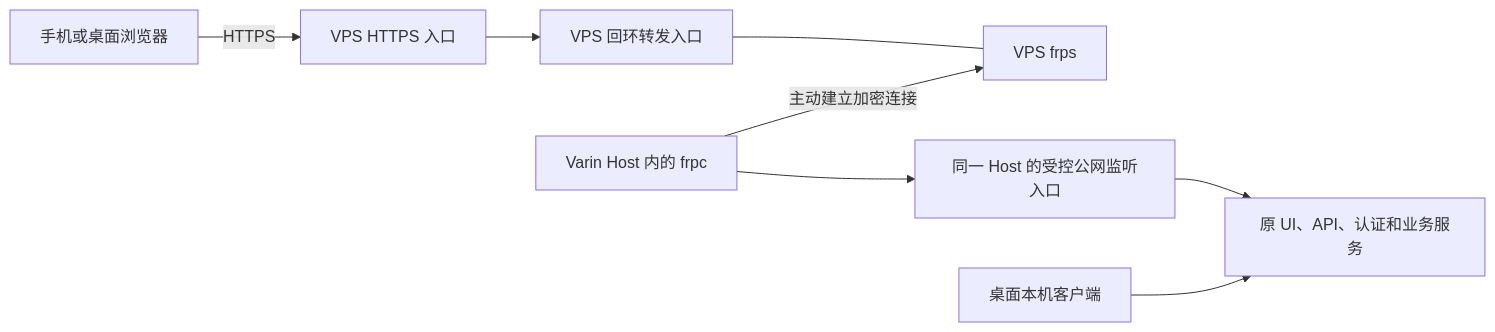
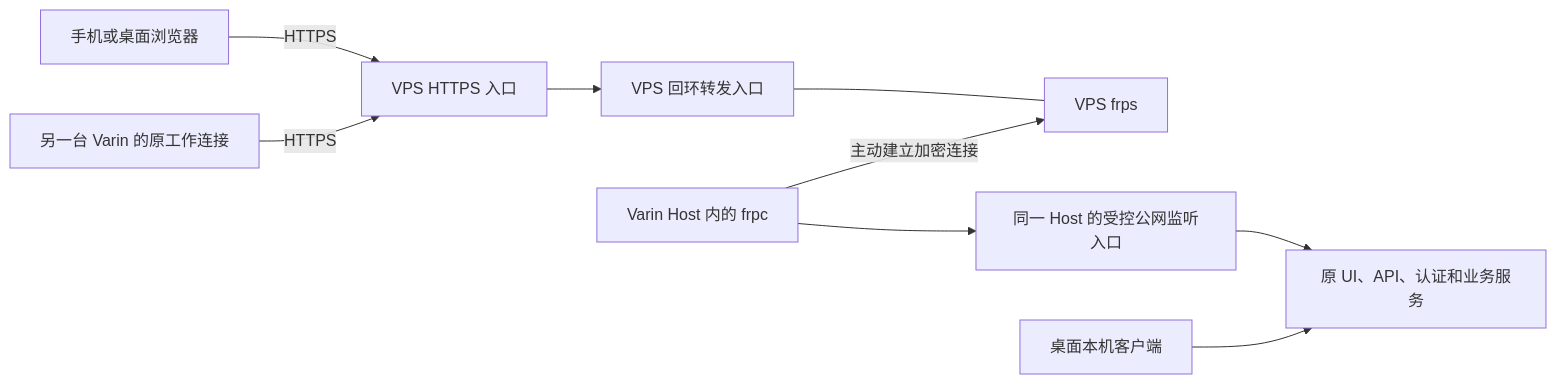
The first of 2 diagrams in docs/design/self-hosted-external-access.md (Youzini-afk/Varin), drawn with Mermaid before and after one commit. The commit also changed other lines of this file and 1 other file, not shown here.

````diff
--- a/docs/design/self-hosted-external-access.md
+++ b/docs/design/self-hosted-external-access.md
@@ -45,10 +46,11 @@
 ```mermaid
 flowchart LR
     Browser[手机或桌面浏览器] -->|HTTPS| HTTPS[VPS HTTPS 入口]
     HTTPS --> Forward[VPS 回环转发入口]
     Host[Varin Host 内的 frpc] -->|主动建立加密连接| FRPS[VPS frps]
     Forward --- FRPS
     Host --> Ingress[同一 Host 的受控公网监听入口]
     Ingress --> App[原 UI、API、认证和业务服务]
     Local[桌面本机客户端] --> App
+    Peer[另一台 Varin 的原工作连接] -->|HTTPS| HTTPS
 ```
````
